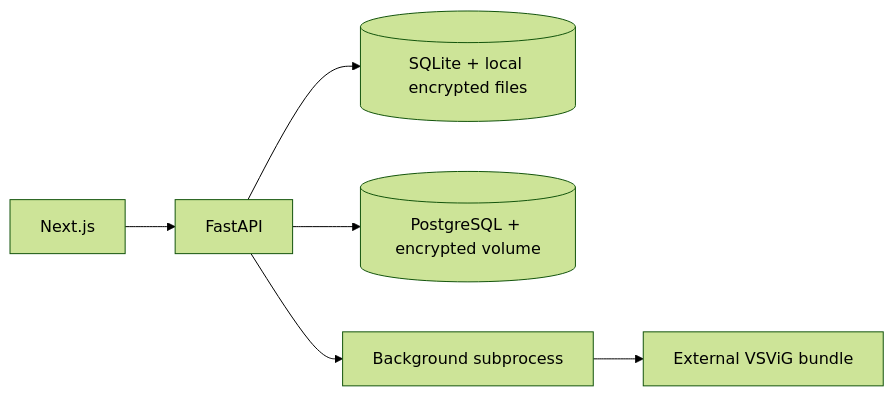
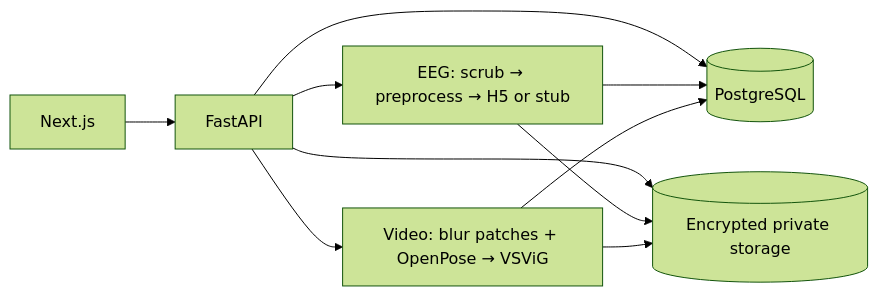
Before and after one commit to 4ffaad/FYP-MDS01: the diagram in docs/architecture.md, drawn with Mermaid (forest theme). The commit also changed other lines of this file and 20 other files, not shown here.

Commit message:
docs: align guides with current EEG and video workflows

````diff
--- a/docs/architecture.md
+++ b/docs/architecture.md
@@ -7,8 +12,12 @@
 ```mermaid
 flowchart LR
     Browser[Next.js] --> API[FastAPI]
-    API --> Native[(SQLite + local encrypted files)]
-    API --> Docker[(PostgreSQL + encrypted volume)]
-    API --> Worker[Background subprocess]
-    Worker --> VSViG[External VSViG bundle]
+    API --> DB[(PostgreSQL)]
+    API --> Files[(Encrypted private storage)]
+    API --> EEG[EEG: scrub → preprocess → H5 or stub]
+    API --> Video[Video: blur patches + OpenPose → VSViG]
+    EEG --> DB
+    Video --> DB
+    EEG --> Files
+    Video --> Files
 ```
````
